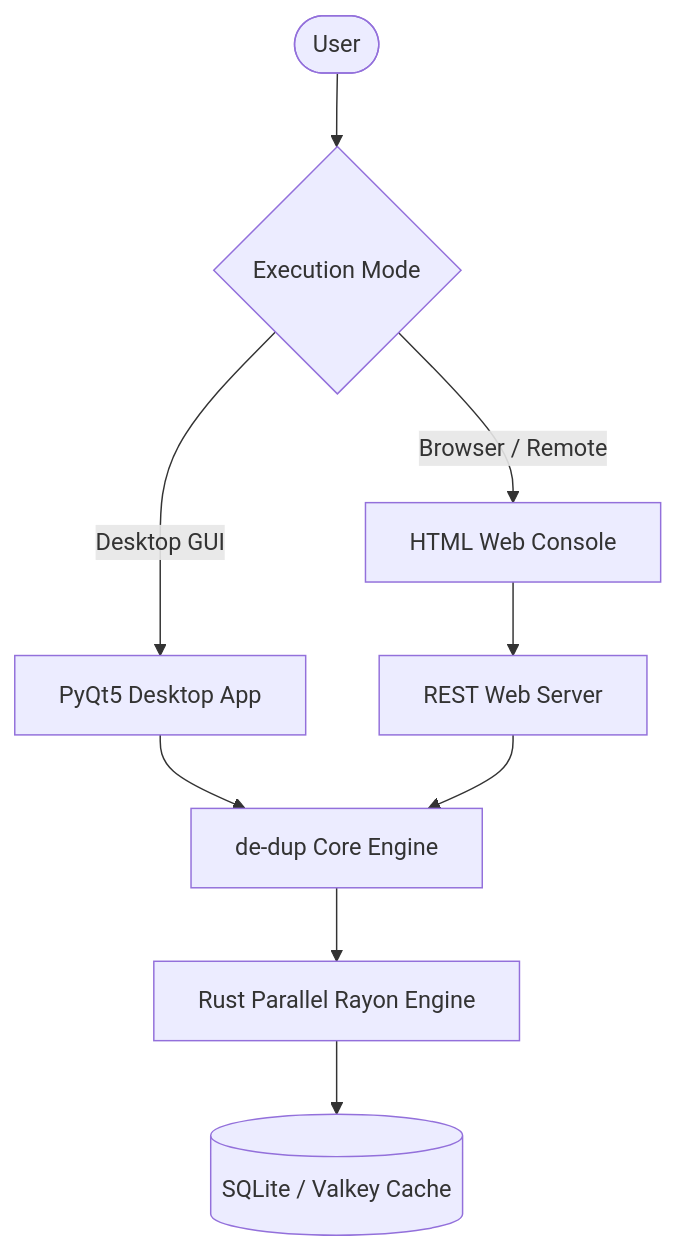
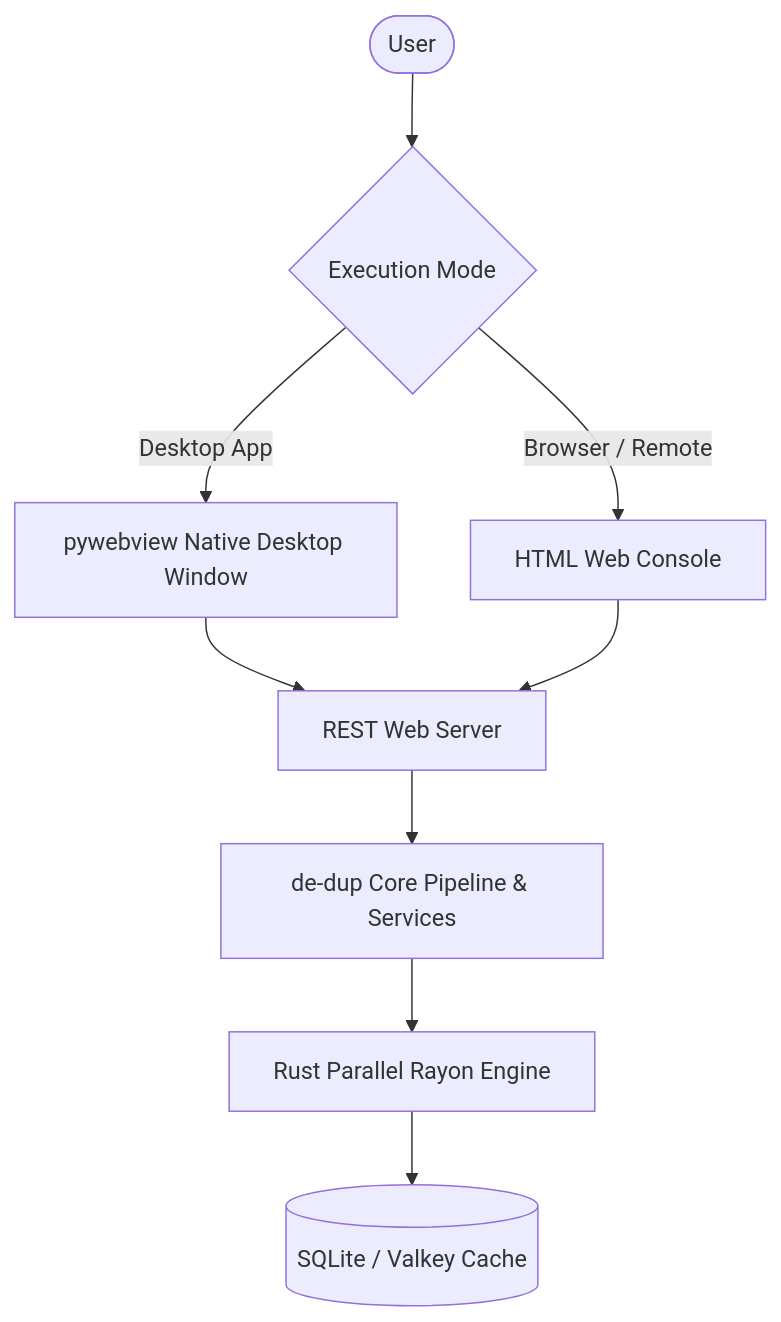
Before and after one commit to arsenetar/dupeguru: the diagram in docs/index.md, drawn with Mermaid. The commit also changed other lines of this file and 5 other files, not shown here.

Commit message:
docs: update guides and README to reflect pywebview native desktop shell and remove PyQt5

````diff
--- a/docs/index.md
+++ b/docs/index.md
@@ -13,13 +13,13 @@
 ```mermaid
 graph TD
     User([User]) --> Choice{Execution Mode}
+    Choice -->|Desktop App| DesktopUI[pywebview Native Desktop Window]
     Choice -->|Browser / Remote| WebUI[HTML Web Console]
-    Choice -->|Desktop GUI| QtUI[PyQt5 Desktop App]
 
-    WebUI --> Server[REST Web Server]
-    QtUI --> Core[de-dup Core Engine]
-    Server --> Core
+    DesktopUI --> Server[REST Web Server]
+    WebUI --> Server
+    Server --> Core[de-dup Core Pipeline & Services]
 
     Core --> RustEngine[Rust Parallel Rayon Engine]
     RustEngine --> Cache[(SQLite / Valkey Cache)]
 ```
````
